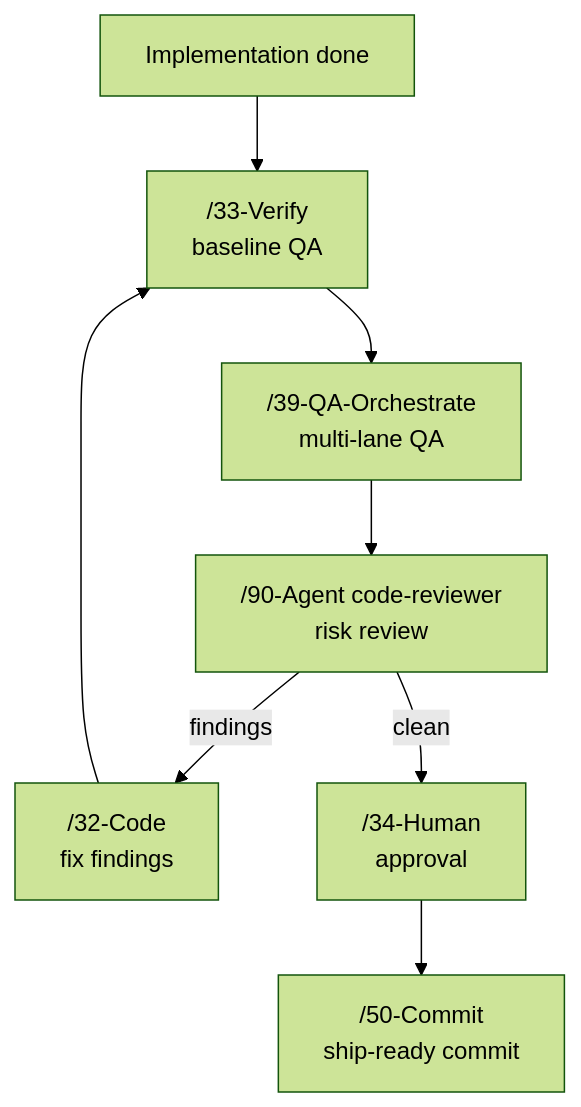
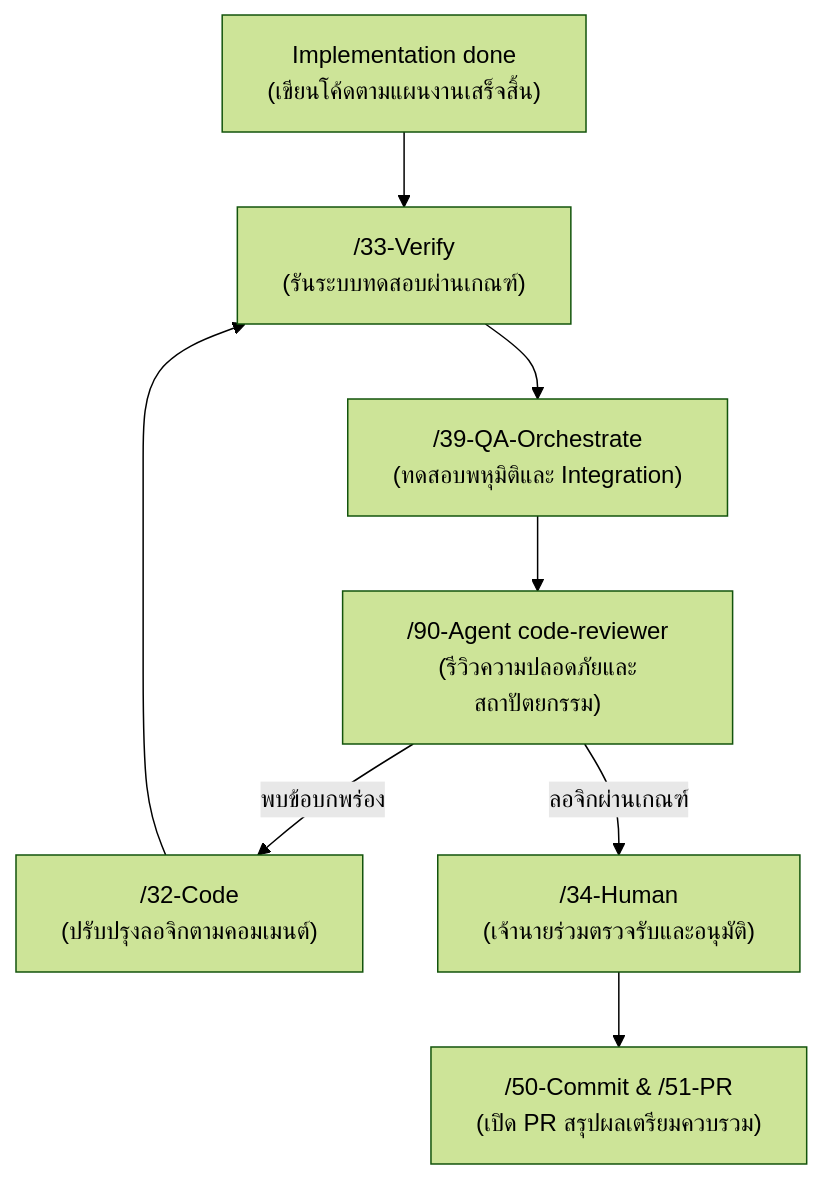
The sixth of 6 diagrams in README.md (Jakkrich/nexus-devflow), drawn with Mermaid (forest theme) before and after one commit. The commit also changed other lines of this file and 12 other files, not shown here.

Commit message:
docs: add project architectural diagrams and update gitignore to track design assets

````diff
--- a/README.md
+++ b/README.md
@@ -152,18 +320,18 @@
 ```mermaid
 flowchart TD
-    Done["Implementation done"]
-    Verify["/33-Verify<br/>baseline QA"]
-    QA["/39-QA-Orchestrate<br/>multi-lane QA"]
-    Review["/90-Agent code-reviewer<br/>risk review"]
-    Fix["/32-Code<br/>fix findings"]
-    Human["/34-Human<br/>approval"]
-    Commit["/50-Commit<br/>ship-ready commit"]
-
+    Done["Implementation done<br/>(เขียนโค้ดตามแผนงานเสร็จสิ้น)"]
+    Verify["/33-Verify<br/>(รันระบบทดสอบผ่านเกณฑ์)"]
+    QA["/39-QA-Orchestrate<br/>(ทดสอบพหุมิติและ Integration)"]
+    Review["/90-Agent code-reviewer<br/>(รีวิวความปลอดภัยและสถาปัตยกรรม)"]
+    Fix["/32-Code<br/>(ปรับปรุงลอจิกตามคอมเมนต์)"]
+    Human["/34-Human<br/>(เจ้านายร่วมตรวจรับและอนุมัติ)"]
+    Commit["/50-Commit & /51-PR<br/>(เปิด PR สรุปผลเตรียมควบรวม)"]
+ 
     Done --> Verify
     Verify --> QA
     QA --> Review
-    Review -->|findings| Fix
+    Review -->|พบข้อบกพร่อง| Fix
     Fix --> Verify
-    Review -->|clean| Human
+    Review -->|ลอจิกผ่านเกณฑ์| Human
     Human --> Commit
 ```
````
